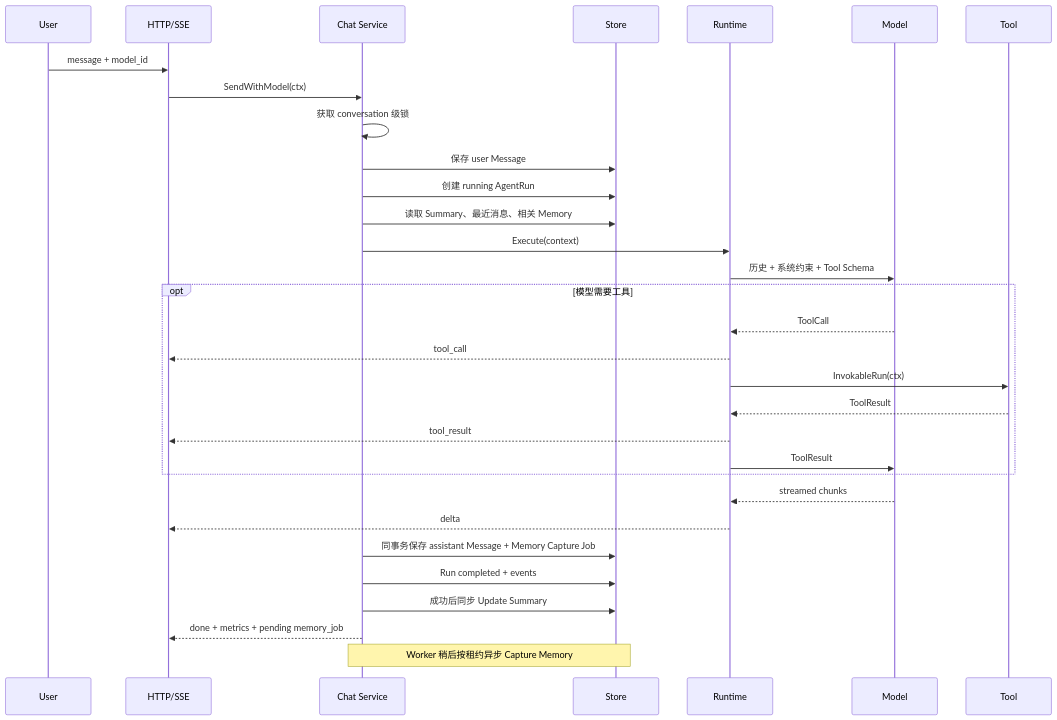
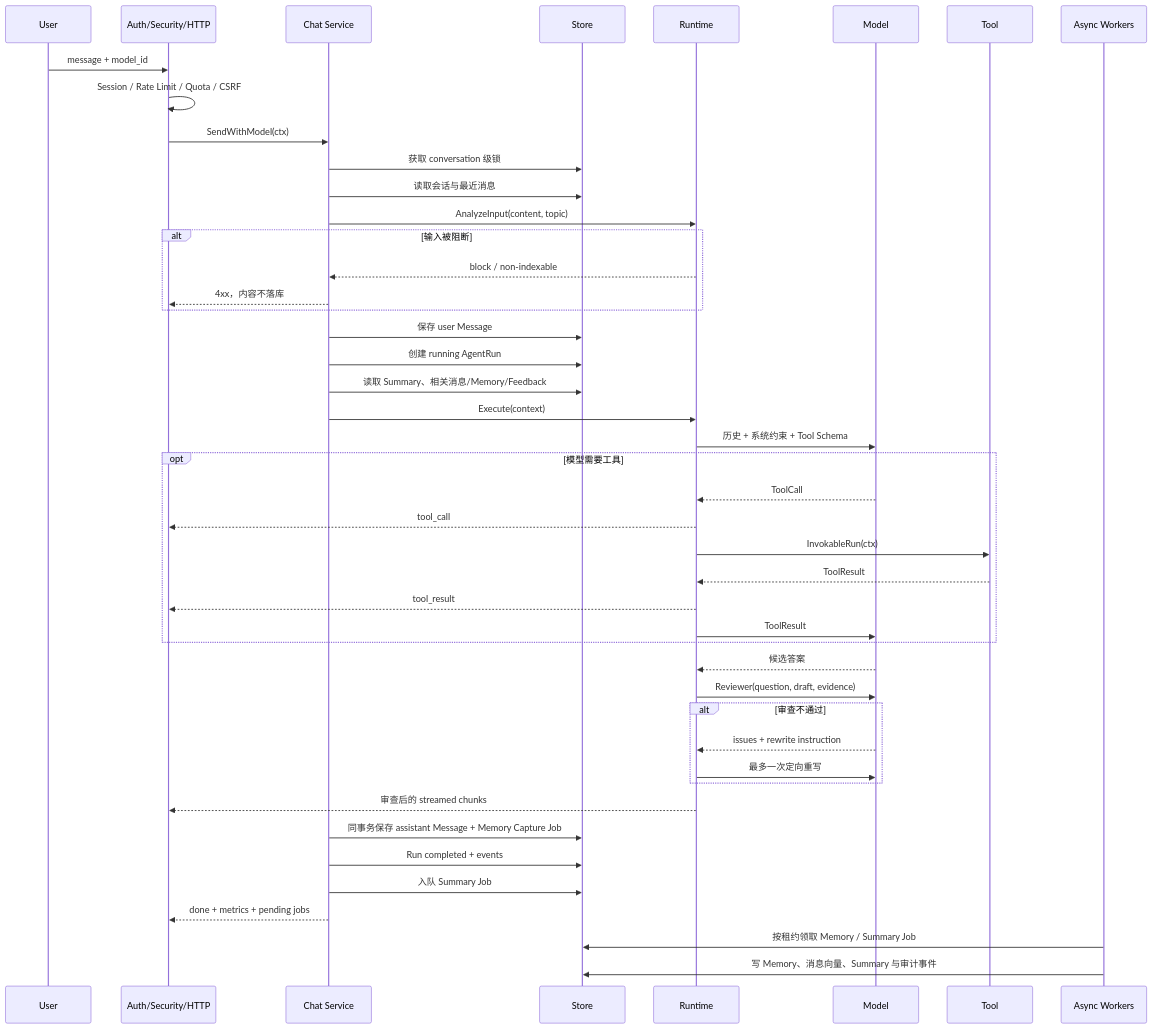
Before and after one commit to zora-DD/zora: the third of 12 diagrams in docs/project-analysis.md, drawn with Mermaid. The commit also changed other lines of this file, not shown here.

````diff
--- a/docs/project-analysis.md
+++ b/docs/project-analysis.md
@@ -407,34 +494,48 @@
 ```mermaid
 sequenceDiagram
     participant U as User
-    participant H as HTTP/SSE
+    participant H as Auth/Security/HTTP
     participant C as Chat Service
     participant S as Store
     participant R as Runtime
     participant M as Model
     participant T as Tool
+    participant W as Async Workers
 
     U->>H: message + model_id
+    H->>H: Session / Rate Limit / Quota / CSRF
     H->>C: SendWithModel(ctx)
-    C->>C: 获取 conversation 级锁
+    C->>S: 获取 conversation 级锁
+    C->>S: 读取会话与最近消息
+    C->>R: AnalyzeInput(content, topic)
+    alt 输入被阻断
+        R-->>C: block / non-indexable
+        C-->>H: 4xx，内容不落库
+    end
     C->>S: 保存 user Message
     C->>S: 创建 running AgentRun
-    C->>S: 读取 Summary、最近消息、相关 Memory
+    C->>S: 读取 Summary、相关消息/Memory/Feedback
     C->>R: Execute(context)
     R->>M: 历史 + 系统约束 + Tool Schema
     opt 模型需要工具
         M-->>R: ToolCall
         R-->>H: tool_call
         R->>T: InvokableRun(ctx)
         T-->>R: ToolResult
         R-->>H: tool_result
         R->>M: ToolResult
     end
-    M-->>R: streamed chunks
-    R-->>H: delta
+    M-->>R: 候选答案
+    R->>M: Reviewer(question, draft, evidence)
+    alt 审查不通过
+        M-->>R: issues + rewrite instruction
+        R->>M: 最多一次定向重写
+    end
+    R-->>H: 审查后的 streamed chunks
     C->>S: 同事务保存 assistant Message + Memory Capture Job
     C->>S: Run completed + events
-    C->>S: 成功后同步 Update Summary
-    C-->>H: done + metrics + pending memory_job
-    Note over C,S: Worker 稍后按租约异步 Capture Memory
+    C->>S: 入队 Summary Job
+    C-->>H: done + metrics + pending jobs
+    W->>S: 按租约领取 Memory / Summary Job
+    W->>S: 写 Memory、消息向量、Summary 与审计事件
 ```
````
